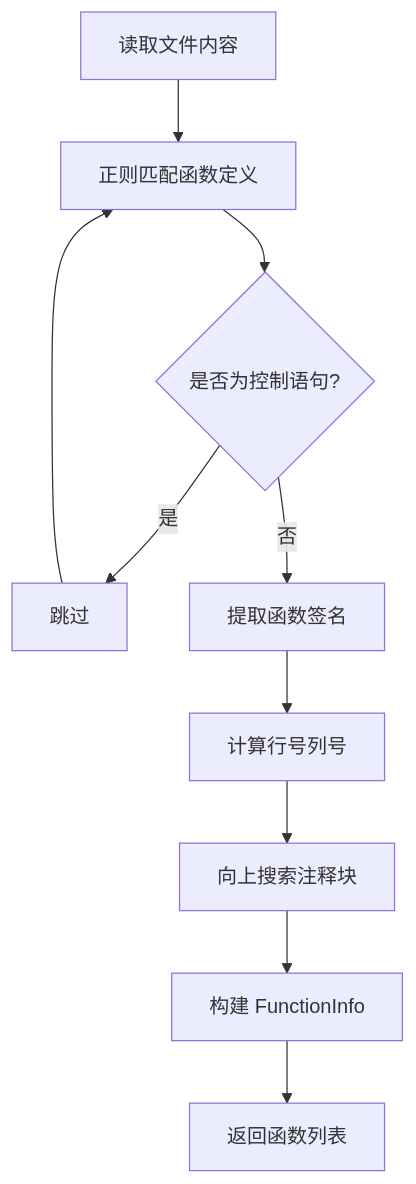
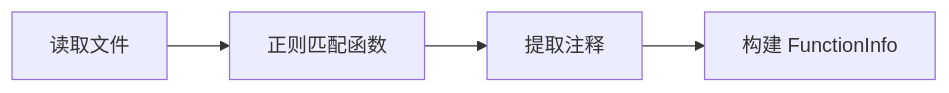
The fourth of 9 diagrams in RequirementDocument/设计文档.md (Aldebaran638/Doc-Doctor), drawn with Mermaid before and after one commit. The commit also changed other lines of this file, not shown here.

````diff
--- a/RequirementDocument/设计文档.md
+++ b/RequirementDocument/设计文档.md
@@ -191,12 +139,4 @@
 ```mermaid
-flowchart TD
-    A[读取文件内容] --> B[正则匹配函数定义]
-    B --> C{是否为控制语句?}
-    C -->|是| D[跳过]
-    C -->|否| E[提取函数签名]
-    E --> F[计算行号列号]
-    F --> G[向上搜索注释块]
-    G --> H[构建 FunctionInfo]
-    D --> B
-    H --> I[返回函数列表]
+flowchart LR
+    A[读取文件] --> B[正则匹配函数] --> C[提取注释] --> D[构建 FunctionInfo]
 ```
````
